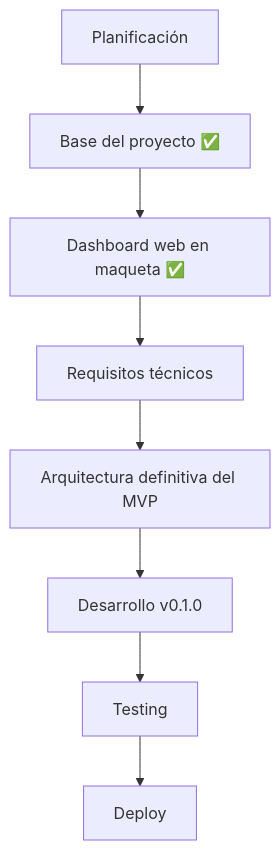
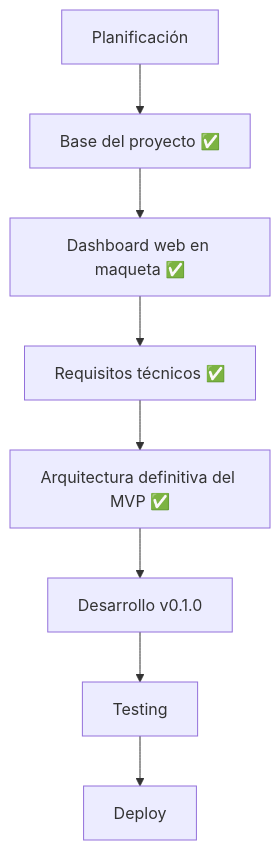
Before and after one commit to NetSent3301/ProjectLumina: the diagram in docs/estado-actual.md, drawn with Mermaid. The commit also changed other lines of this file and 23 other files, not shown here.

````diff
--- a/docs/estado-actual.md
+++ b/docs/estado-actual.md
@@ -19,10 +19,10 @@
 ```mermaid
 flowchart TD
     A[Planificación] --> B[Base del proyecto ✅]
     B --> C[Dashboard web en maqueta ✅]
-    C --> D[Requisitos técnicos]
-    D --> E[Arquitectura definitiva del MVP]
+    C --> D[Requisitos técnicos ✅]
+    D --> E[Arquitectura definitiva del MVP ✅]
     E --> F[Desarrollo v0.1.0]
     F --> G[Testing]
     G --> H[Deploy]
 ```
````
